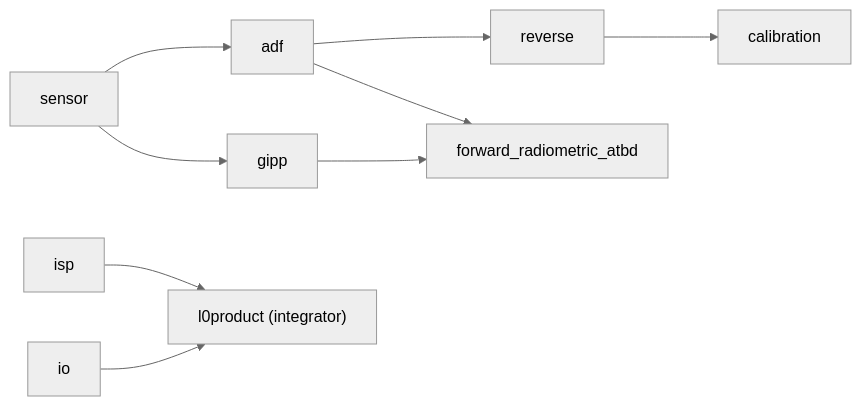
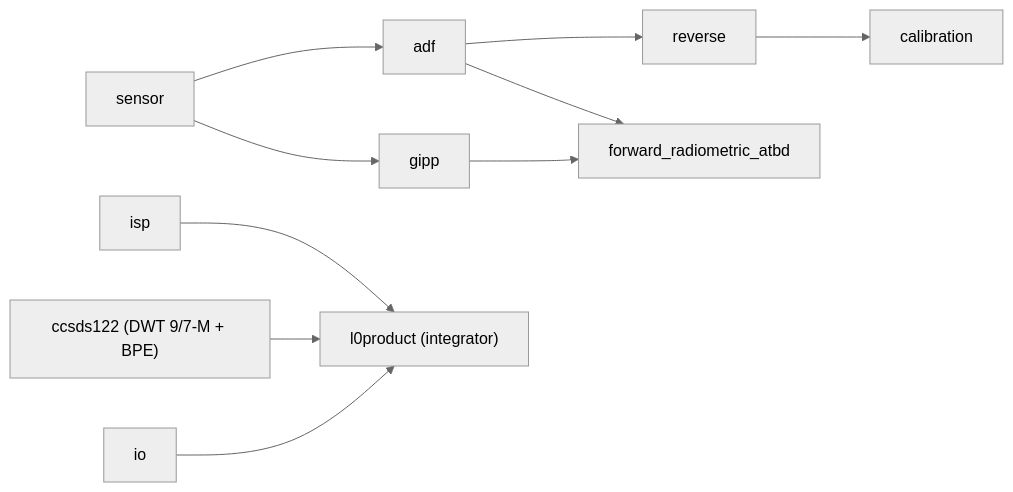
One commit to AstroCan17/s2-msi-raw-generator changed the second of 2 diagrams in docs/sdd/overview.md. Above: the diagram before and after it, drawn with Mermaid (neutral theme). The commit also changed other lines of this file and 5 other files, not shown here.

Commit message:
feat(ccsds122): CCSDS 122.0-B lossless image compression codec (integer DWT 9/7-M + bit-plane coder)

````diff
--- a/docs/sdd/overview.md
+++ b/docs/sdd/overview.md
@@ -71,20 +73,22 @@
 ```mermaid
 flowchart LR
     sensor[sensor]
     adf[adf]
     gipp[gipp]
     fwd[forward_radiometric_atbd]
     reverse[reverse]
     calibration[calibration]
     isp[isp]
+    c122["ccsds122 (DWT 9/7-M + BPE)"]
     io[io]
     l0["l0product (integrator)"]
     sensor --> adf
     sensor --> gipp
     adf --> reverse
     adf --> fwd
     gipp --> fwd
     reverse --> calibration
     isp --> l0
+    c122 --> l0
     io --> l0
 ```
````
